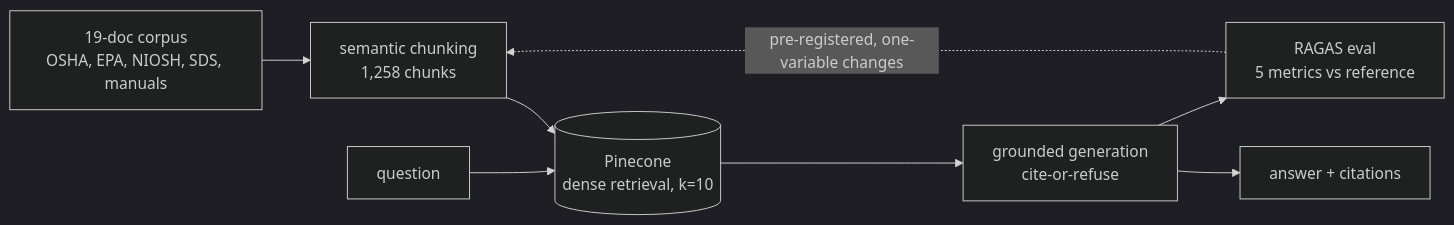
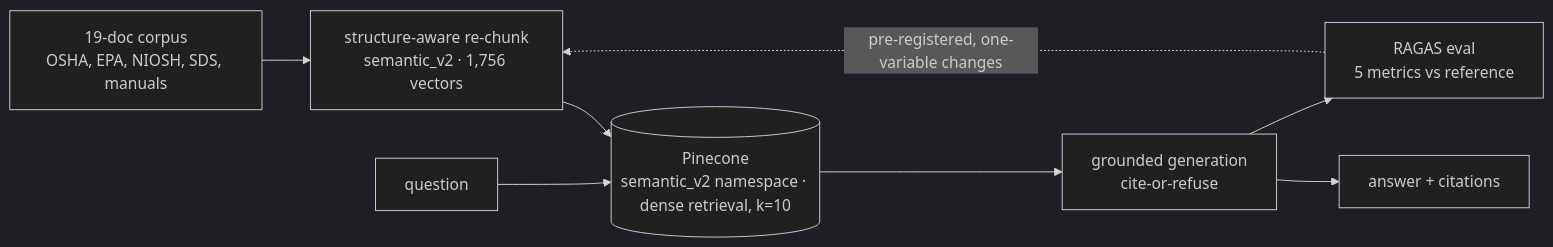
The first of 2 diagrams in README.md (FernandoSanabria/rag-pipeline), drawn with Mermaid (dark theme) before and after one commit. The commit also changed other lines of this file and 4 other files, not shown here.

````diff
--- a/README.md
+++ b/README.md
@@ -63,10 +65,10 @@
 ```mermaid
 flowchart LR
-    C["19-doc corpus<br/>OSHA, EPA, NIOSH, SDS, manuals"] --> CH["semantic chunking<br/>1,258 chunks"]
-    CH --> P[("Pinecone<br/>dense retrieval, k=10")]
+    C["19-doc corpus<br/>OSHA, EPA, NIOSH, SDS, manuals"] --> CH["structure-aware re-chunk<br/>semantic_v2 · 1,756 vectors"]
+    CH --> P[("Pinecone<br/>semantic_v2 namespace · dense retrieval, k=10")]
     Q["question"] --> P
     P --> G["grounded generation<br/>cite-or-refuse"]
     G --> A["answer + citations"]
     G --> E["RAGAS eval<br/>5 metrics vs reference"]
     E -.->|"pre-registered, one-variable changes"| CH
 ```
````
